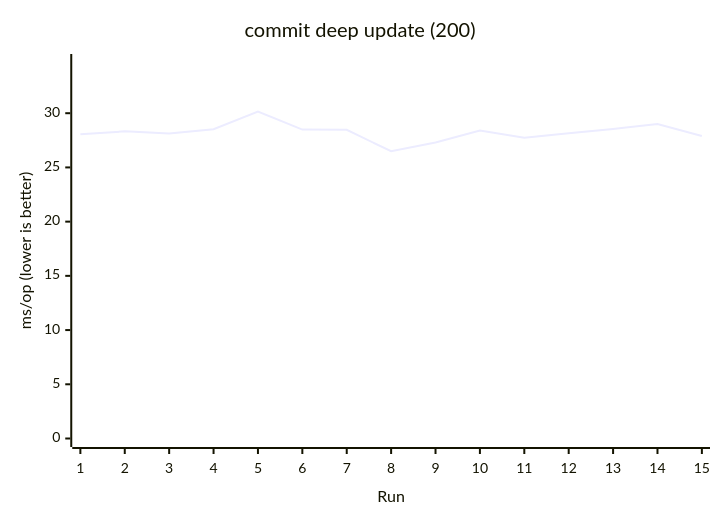
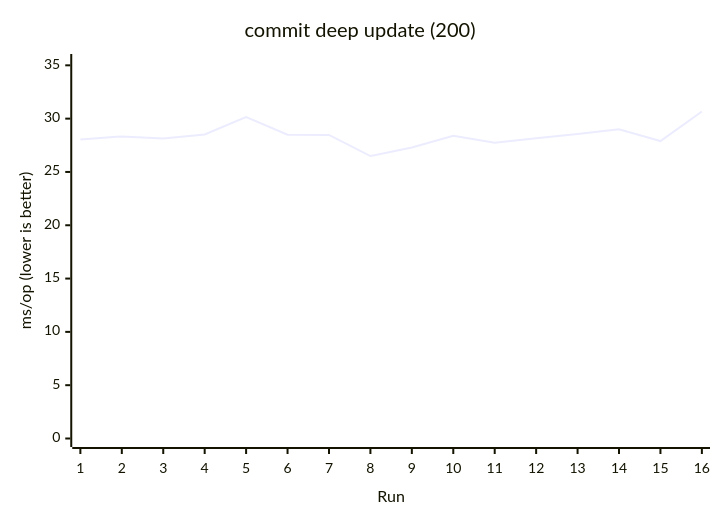
Before and after one commit to AIluffy/io: the fifth of 17 diagrams in apps/docs/src/content/docs/en/guides/benchmark.mdx, drawn with Mermaid. The commit also changed other lines of this file and 25 other files, not shown here.

````diff
--- a/apps/docs/src/content/docs/en/guides/benchmark.mdx
+++ b/apps/docs/src/content/docs/en/guides/benchmark.mdx
@@ -253,7 +236,7 @@
 ```mermaid
 xychart-beta
   title "commit deep update (200)"
-  x-axis "Run" [1, 2, 3, 4, 5, 6, 7, 8, 9, 10, 11, 12, 13, 14, 15]
-  y-axis "ms/op (lower is better)" 0 --> 34.6763
-  line [28.0546, 28.3256, 28.128, 28.518, 30.1533, 28.4924, 28.468, 26.4901, 27.2909, 28.402, 27.747, 28.1575, 28.549, 28.9993, 27.8953]
+  x-axis "Run" [1, 2, 3, 4, 5, 6, 7, 8, 9, 10, 11, 12, 13, 14, 15, 16]
+  y-axis "ms/op (lower is better)" 0 --> 35.265
+  line [28.0546, 28.3256, 28.128, 28.518, 30.1533, 28.4924, 28.468, 26.4901, 27.2909, 28.402, 27.747, 28.1575, 28.549, 28.9993, 27.8953, 30.6652]
 ```
````
